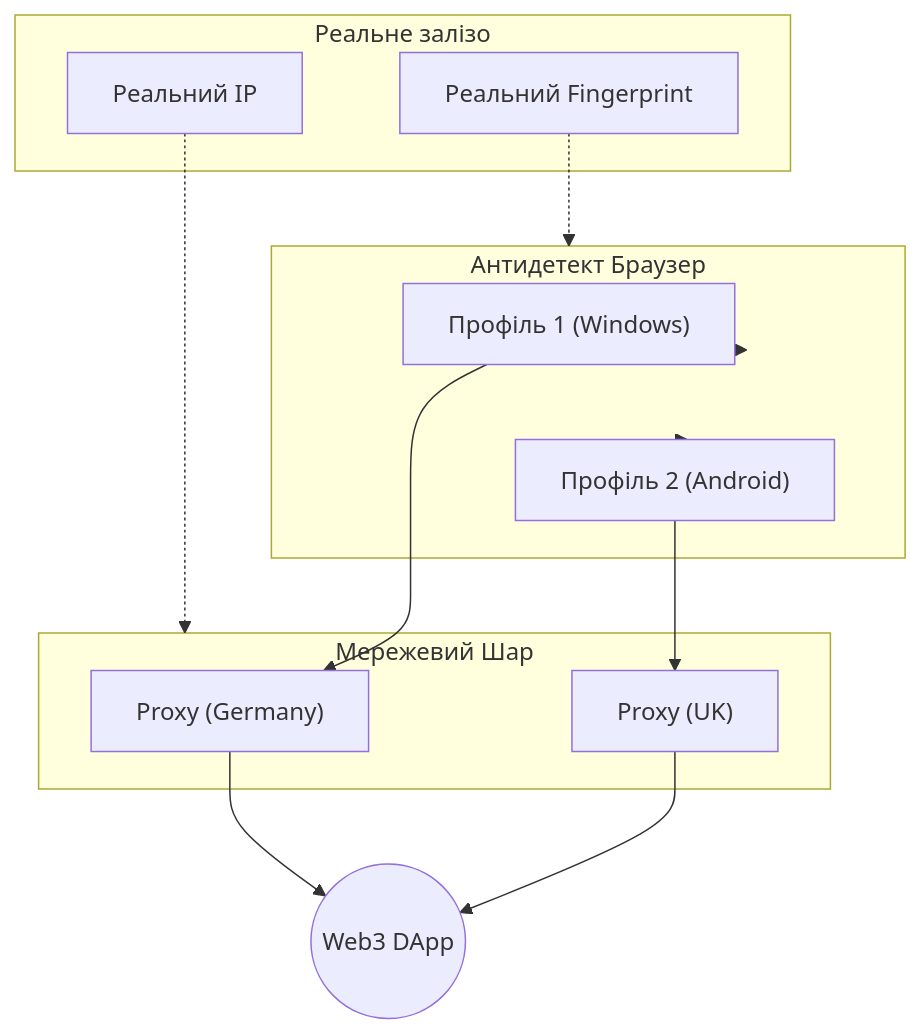
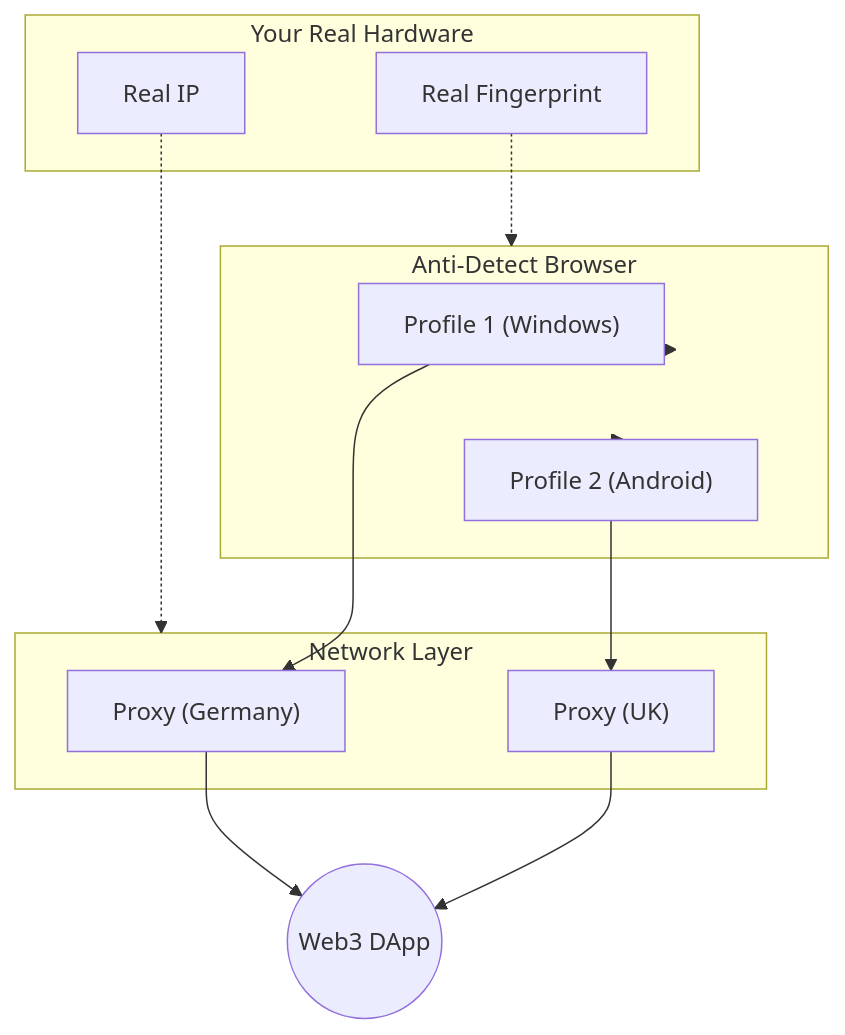
One commit to dan1l-git/multi-accounting-architecture changed the first of 2 diagrams in README.md. Above: the diagram before and after it, drawn with Mermaid. The commit also changed other lines of this file, not shown here.

````diff
--- a/README.md
+++ b/README.md
@@ -67,31 +70,31 @@
 ```mermaid
 graph TD
-    subgraph Host ["Реальне залізо"]
-        RealIP["Реальний IP"]
-        RealFP["Реальний Fingerprint"]
+    subgraph Host ["Your Real Hardware"]
+        RealIP["Real IP"]
+        RealFP["Real Fingerprint"]
     end
 
-    subgraph AntiDetect ["Антидетект Браузер"]
-        Profile1["Профіль 1 (Windows)"]
-        Profile2["Профіль 2 (Android)"]
+    subgraph AntiDetect ["Anti-Detect Browser"]
+        Profile1["Profile 1 (Windows)"]
+        Profile2["Profile 2 (Android)"]
     end
 
-    subgraph Network ["Мережевий Шар"]
+    subgraph Network ["Network Layer"]
         Proxy1["Proxy (Germany)"]
         Proxy2["Proxy (UK)"]
     end
 
     Target(("Web3 DApp"))
 
     RealFP -.-> AntiDetect
     RealIP -.-> Network
 
     AntiDetect --> Profile1
     AntiDetect --> Profile2
 
     Profile1 --> Proxy1
     Profile2 --> Proxy2
 
     Proxy1 --> Target
     Proxy2 --> Target
 ```
````
